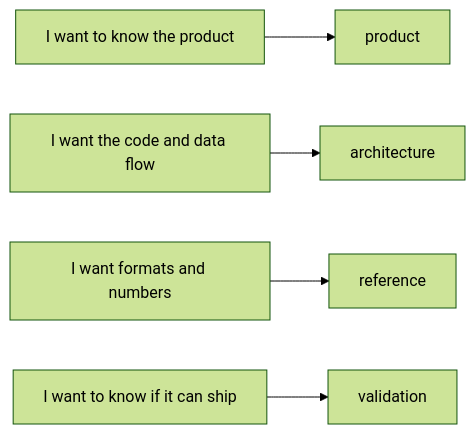
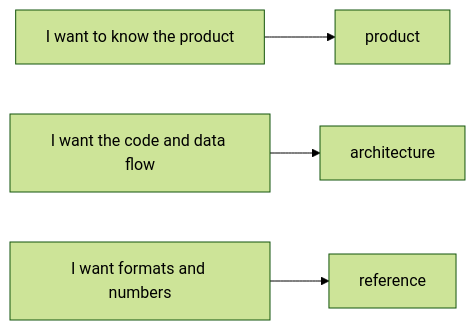
One commit to habinsong/negaflow changed the diagram in docs/README.md. Above: the diagram before and after it, drawn with Mermaid (forest theme). The commit also changed other lines of this file and 171 other files, not shown here.

````diff
--- a/docs/README.md
+++ b/docs/README.md
@@ -8,7 +8,6 @@
 ```mermaid
 flowchart LR
     A["I want to know the product"] --> P["product"]
     B["I want the code and data flow"] --> R["architecture"]
     C["I want formats and numbers"] --> S["reference"]
-    D["I want to know if it can ship"] --> V["validation"]
 ```
````
